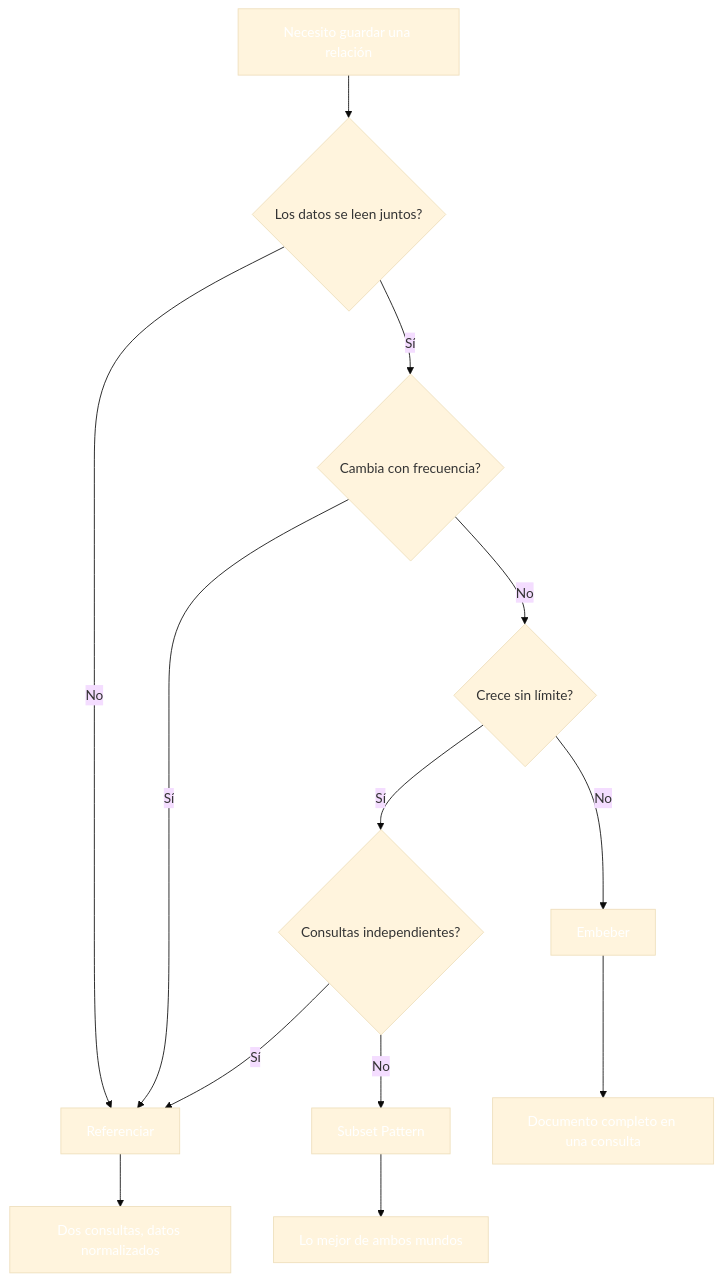
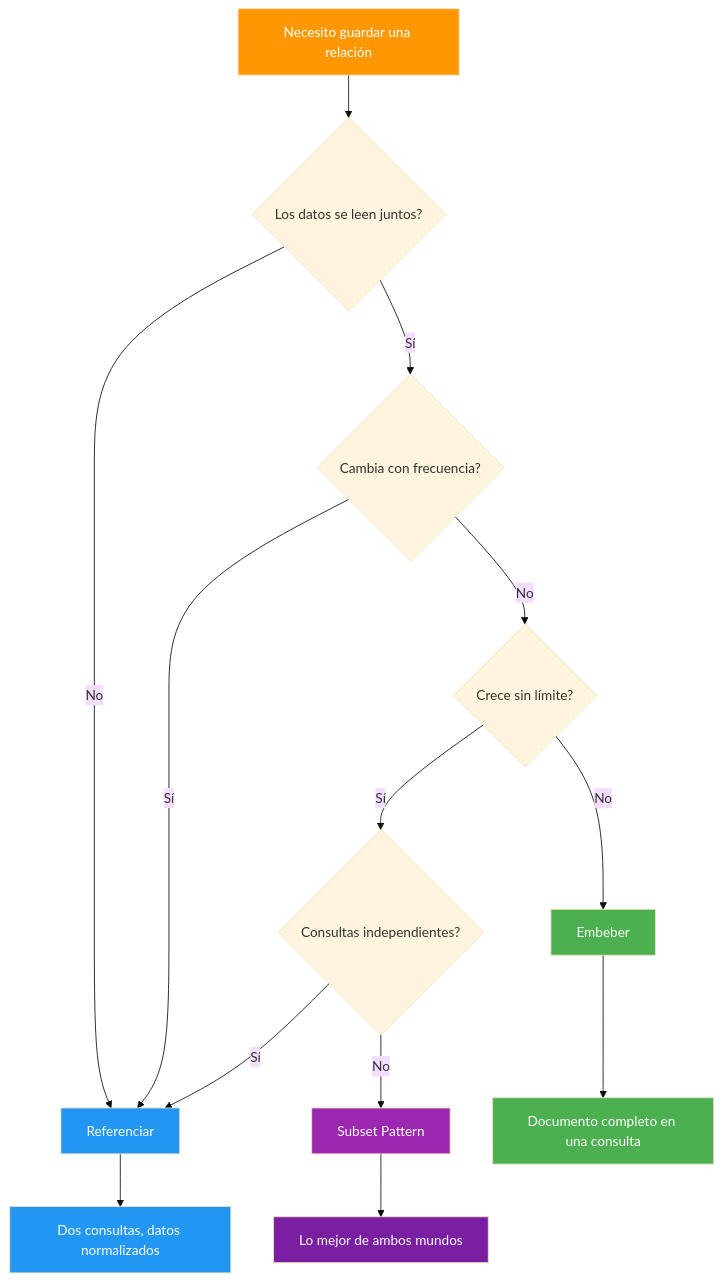
One commit to joseluisgs/DesarrolloWebEntornosServidor-02-2026-2027 changed the third of 9 diagrams in 13-mongodb.md. Above: the diagram before and after it, drawn with Mermaid (base theme). The commit also changed other lines of this file, not shown here.

````diff
--- a/13-mongodb.md
+++ b/13-mongodb.md
@@ -274,27 +307,27 @@
 ```mermaid
 graph TD
     START[Necesito guardar una relación] --> Q1{Los datos se leen juntos?}
     Q1 -->|Sí| Q2{Cambia con frecuencia?}
     Q1 -->|No| REF[Referenciar]
 
     Q2 -->|No| Q3{Crece sin límite?}
     Q2 -->|Sí| REF
 
     Q3 -->|No| EMB[Embeber]
     Q3 -->|Sí| Q4{Consultas independientes?}
 
     Q4 -->|Sí| REF
     Q4 -->|No| SUBSET[Subset Pattern]
 
     EMB --> OK[Documento completo en una consulta]
     REF --> OK2[Dos consultas, datos normalizados]
     SUBSET --> OK3[Lo mejor de ambos mundos]
 
-    style START fill:#FF980,color:#fff0,color:#fff
-    style EMB fill:#4CAF5,color:#fff0,color:#fff
-    style REF fill:#2196F,color:#fff3,color:#fff
-    style SUBSET fill:#9C27B,color:#fff0,color:#fff
-    style OK fill:#4CAF5,color:#fff0,color:#fff
-    style OK2 fill:#2196F,color:#fff3,color:#fff
-    style OK3 fill:#7B1FA,color:#fff2,color:#fff
+    style START fill:#FF9800,color:#fff
+    style EMB fill:#4CAF50,color:#fff
+    style REF fill:#2196F3,color:#fff
+    style SUBSET fill:#9C27B0,color:#fff
+    style OK fill:#4CAF50,color:#fff
+    style OK2 fill:#2196F3,color:#fff
+    style OK3 fill:#7B1FA2,color:#fff
 ```
````
